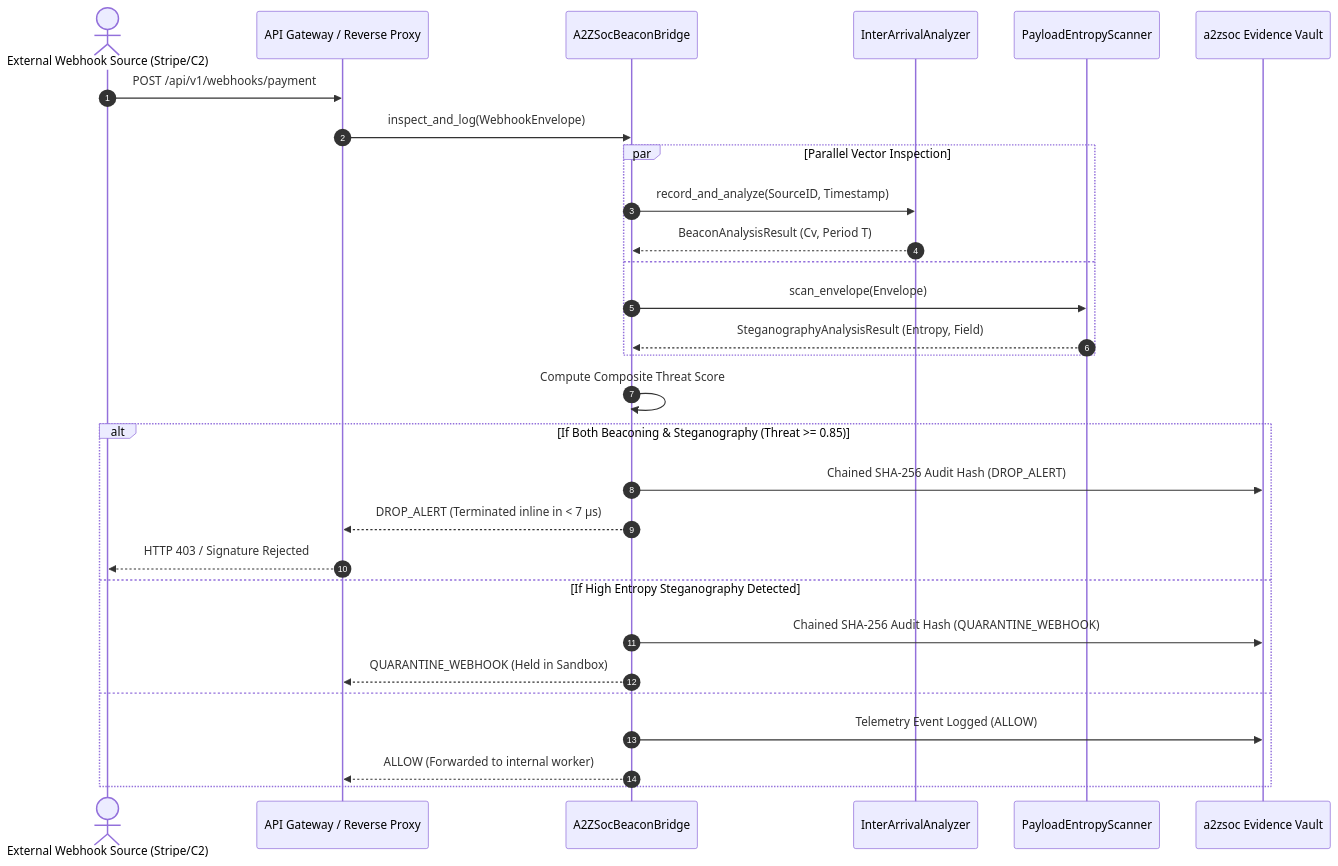
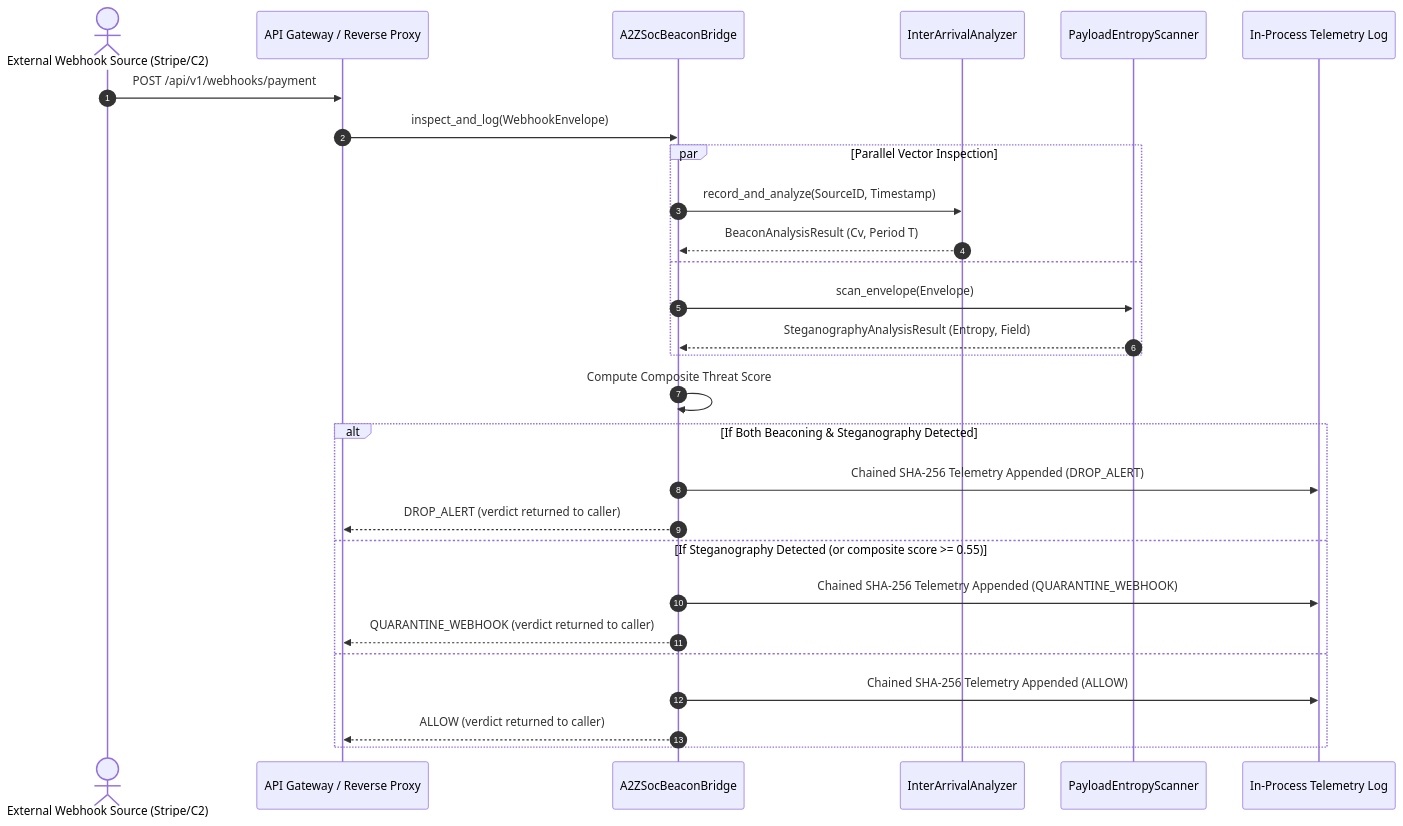
Before and after one commit to AAH20/api-beacon-radar: the diagram in README.md, drawn with Mermaid. The commit also changed other lines of this file, not shown here.

Commit message:
docs: correct README claims not backed by implementation

````diff
--- a/README.md
+++ b/README.md
@@ -77,35 +77,34 @@
 ```mermaid
 sequenceDiagram
     autonumber
     actor Client as External Webhook Source (Stripe/C2)
     participant Gateway as API Gateway / Reverse Proxy
     participant Radar as A2ZSocBeaconBridge
     participant Timing as InterArrivalAnalyzer
     participant Stego as PayloadEntropyScanner
-    participant SOC as a2zsoc Evidence Vault
+    participant Log as In-Process Telemetry Log
 
     Client->>Gateway: POST /api/v1/webhooks/payment
     Gateway->>Radar: inspect_and_log(WebhookEnvelope)
     
     par Parallel Vector Inspection
         Radar->>Timing: record_and_analyze(SourceID, Timestamp)
         Timing-->>Radar: BeaconAnalysisResult (Cv, Period T)
     and
         Radar->>Stego: scan_envelope(Envelope)
         Stego-->>Radar: SteganographyAnalysisResult (Entropy, Field)
     end
     
     Radar->>Radar: Compute Composite Threat Score
     
-    alt If Both Beaconing & Steganography (Threat >= 0.85)
-        Radar->>SOC: Chained SHA-256 Audit Hash (DROP_ALERT)
-        Radar-->>Gateway: DROP_ALERT (Terminated inline in < 7 µs)
-        Gateway-->>Client: HTTP 403 / Signature Rejected
-    else If High Entropy Steganography Detected
-        Radar->>SOC: Chained SHA-256 Audit Hash (QUARANTINE_WEBHOOK)
-        Radar-->>Gateway: QUARANTINE_WEBHOOK (Held in Sandbox)
+    alt If Both Beaconing & Steganography Detected
+        Radar->>Log: Chained SHA-256 Telemetry Appended (DROP_ALERT)
+        Radar-->>Gateway: DROP_ALERT (verdict returned to caller)
+    else If Steganography Detected (or composite score >= 0.55)
+        Radar->>Log: Chained SHA-256 Telemetry Appended (QUARANTINE_WEBHOOK)
+        Radar-->>Gateway: QUARANTINE_WEBHOOK (verdict returned to caller)
     else
-        Radar->>SOC: Telemetry Event Logged (ALLOW)
-        Radar-->>Gateway: ALLOW (Forwarded to internal worker)
+        Radar->>Log: Chained SHA-256 Telemetry Appended (ALLOW)
+        Radar-->>Gateway: ALLOW (verdict returned to caller)
     end
 ```
````
